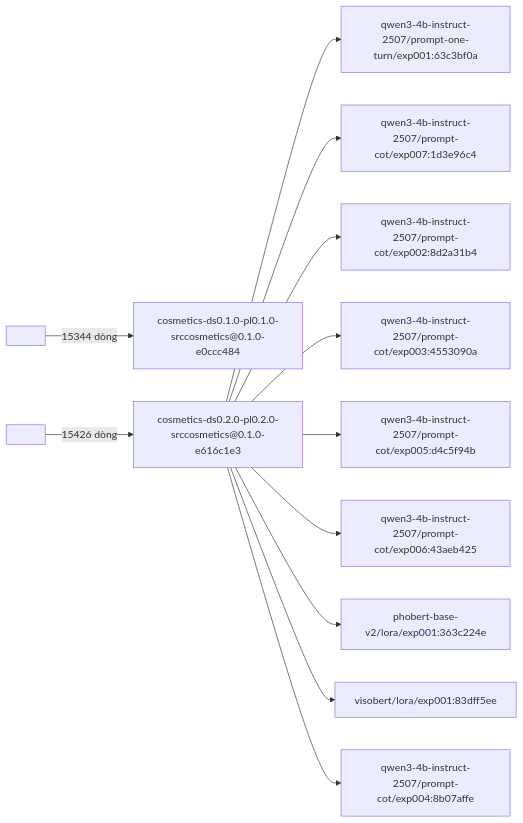
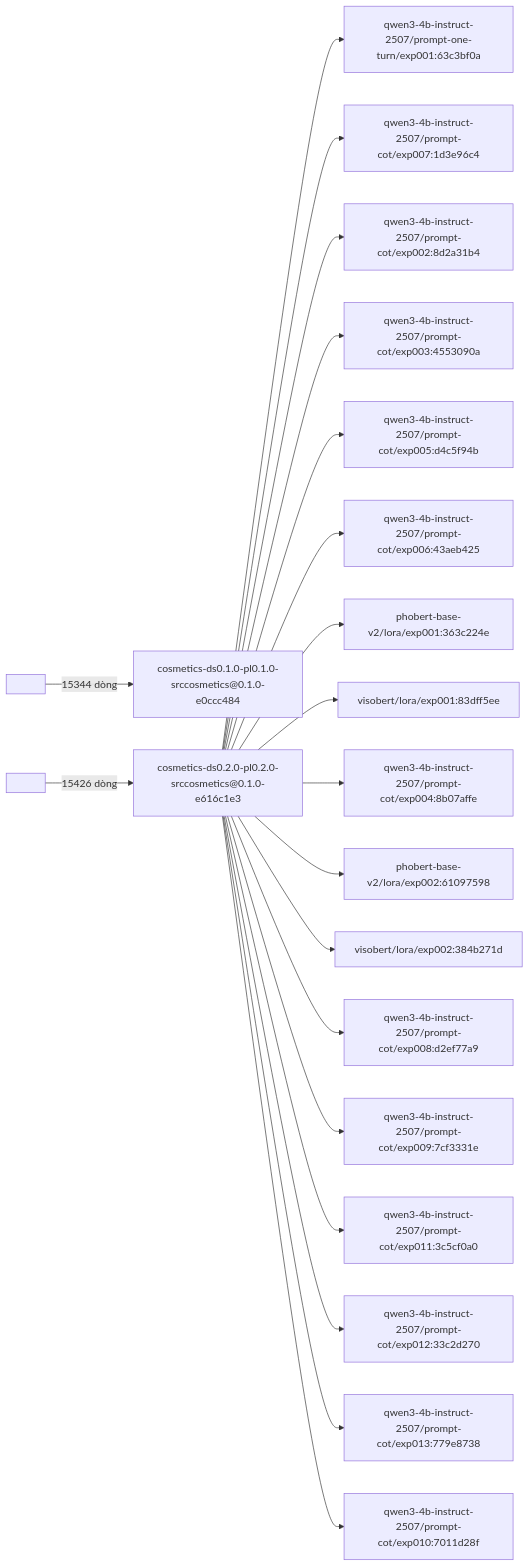
One commit to TrieuKhac-dev/SentimentX changed the diagram in data/reports/dataset_registry/dataset_registry.md. Above: the diagram before and after it, drawn with Mermaid. The commit also changed 10 other files, not shown here.

````diff
--- a/data/reports/dataset_registry/dataset_registry.md
+++ b/data/reports/dataset_registry/dataset_registry.md
@@ -3,27 +3,43 @@
 ```mermaid
 graph LR
   n1["<nguồn v0.1.0>"]
   n2["cosmetics-ds0.1.0-pl0.1.0-srccosmetics@0.1.0-e0ccc484"]
   n3["<nguồn v0.2.0>"]
   n4["cosmetics-ds0.2.0-pl0.2.0-srccosmetics@0.1.0-e616c1e3"]
   n5["qwen3-4b-instruct-2507/prompt-one-turn/exp001:63c3bf0a"]
   n6["qwen3-4b-instruct-2507/prompt-cot/exp007:1d3e96c4"]
   n7["qwen3-4b-instruct-2507/prompt-cot/exp002:8d2a31b4"]
   n8["qwen3-4b-instruct-2507/prompt-cot/exp003:4553090a"]
   n9["qwen3-4b-instruct-2507/prompt-cot/exp005:d4c5f94b"]
   n10["qwen3-4b-instruct-2507/prompt-cot/exp006:43aeb425"]
   n11["phobert-base-v2/lora/exp001:363c224e"]
   n12["visobert/lora/exp001:83dff5ee"]
   n13["qwen3-4b-instruct-2507/prompt-cot/exp004:8b07affe"]
+  n14["phobert-base-v2/lora/exp002:61097598"]
+  n15["visobert/lora/exp002:384b271d"]
+  n16["qwen3-4b-instruct-2507/prompt-cot/exp008:d2ef77a9"]
+  n17["qwen3-4b-instruct-2507/prompt-cot/exp009:7cf3331e"]
+  n18["qwen3-4b-instruct-2507/prompt-cot/exp011:3c5cf0a0"]
+  n19["qwen3-4b-instruct-2507/prompt-cot/exp012:33c2d270"]
+  n20["qwen3-4b-instruct-2507/prompt-cot/exp013:779e8738"]
+  n21["qwen3-4b-instruct-2507/prompt-cot/exp010:7011d28f"]
   n1 -->|15344 dòng| n2
   n3 -->|15426 dòng| n4
   n4 --> n5
   n4 --> n6
   n4 --> n7
   n4 --> n8
   n4 --> n9
   n4 --> n10
   n4 --> n11
   n4 --> n12
   n4 --> n13
+  n4 --> n14
+  n4 --> n15
+  n4 --> n16
+  n4 --> n17
+  n4 --> n18
+  n4 --> n19
+  n4 --> n20
+  n4 --> n21
 ```
````
